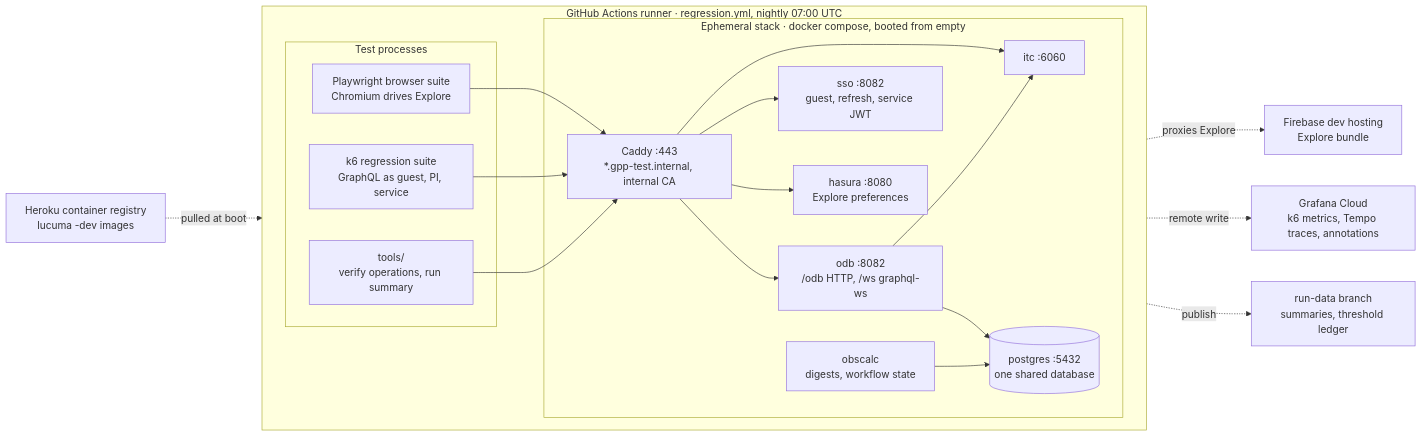
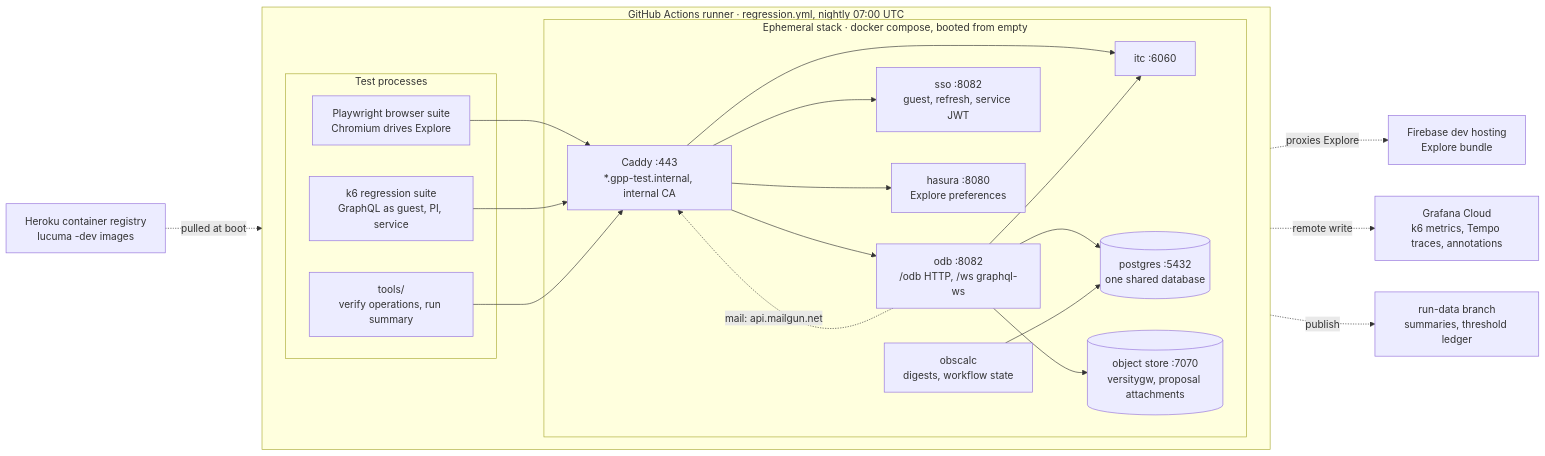
The first of 5 diagrams in ARCHITECTURE.md (cquiroz/gpp-tests), drawn with Mermaid before and after one commit. The commit also changed other lines of this file and 29 other files, not shown here.

````diff
--- a/ARCHITECTURE.md
+++ b/ARCHITECTURE.md
@@ -50,39 +50,42 @@
 ```mermaid
 flowchart LR
   subgraph runner["GitHub Actions runner · regression.yml, nightly 07:00 UTC"]
     direction LR
     subgraph tests["Test processes"]
       pw["Playwright browser suite<br/>Chromium drives Explore"]
       k6r["k6 regression suite<br/>GraphQL as guest, PI, service"]
       tools["tools/<br/>verify operations, run summary"]
     end
     subgraph stack["Ephemeral stack · docker compose, booted from empty"]
       caddy["Caddy :443<br/>*.gpp-test.internal, internal CA"]
       odb["odb :8082<br/>/odb HTTP, /ws graphql-ws"]
       sso["sso :8082<br/>guest, refresh, service JWT"]
       itc["itc :6060"]
       hasura["hasura :8080<br/>Explore preferences"]
       obscalc["obscalc<br/>digests, workflow state"]
       pg[("postgres :5432<br/>one shared database")]
+      s3[("object store :7070<br/>versitygw, proposal attachments")]
     end
   end
   firebase["Firebase dev hosting<br/>Explore bundle"]
   heroku["Heroku container registry<br/>lucuma -dev images"]
   grafana["Grafana Cloud<br/>k6 metrics, Tempo traces, annotations"]
   rundata["run-data branch<br/>summaries, threshold ledger"]
 
   pw --> caddy
   k6r --> caddy
   tools --> caddy
   caddy --> odb
   caddy --> sso
   caddy --> itc
   caddy --> hasura
   caddy -. proxies Explore .-> firebase
   odb --> pg
   obscalc --> pg
   odb --> itc
+  odb --> s3
+  odb -. "mail: api.mailgun.net" .-> caddy
   heroku -. pulled at boot .-> stack
   k6r -. remote write .-> grafana
   tools -. publish .-> rundata
 ```
````
